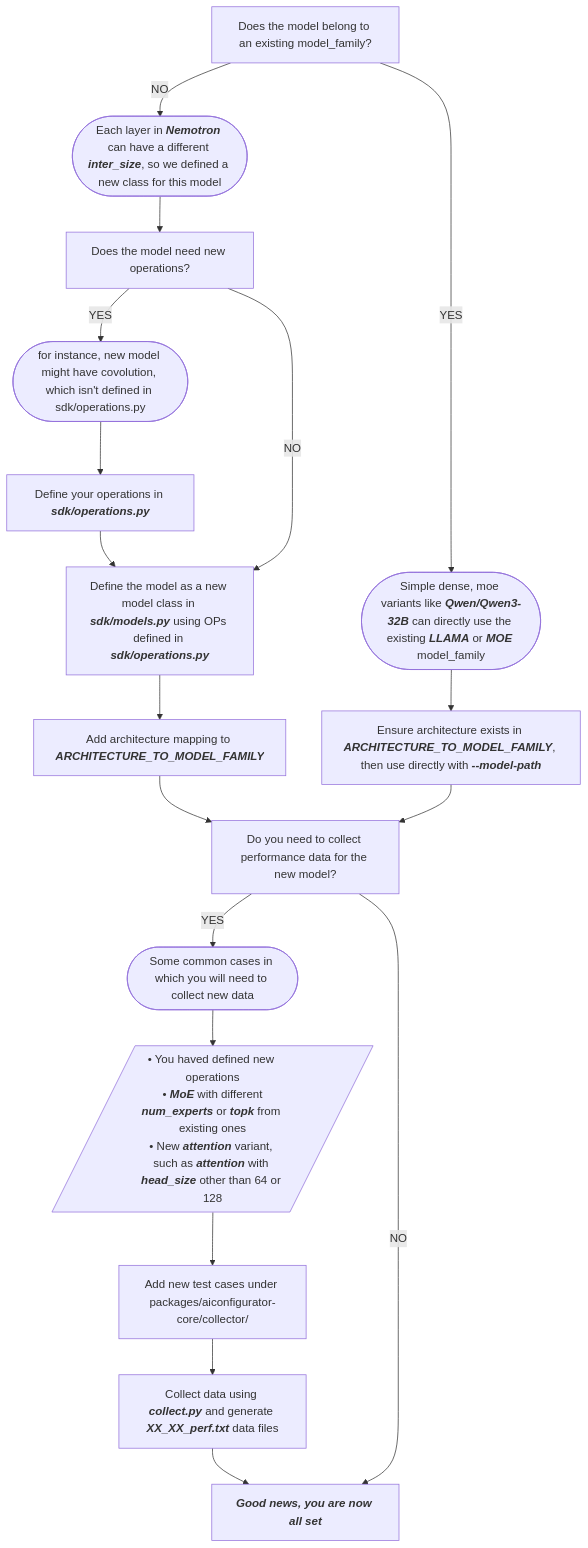
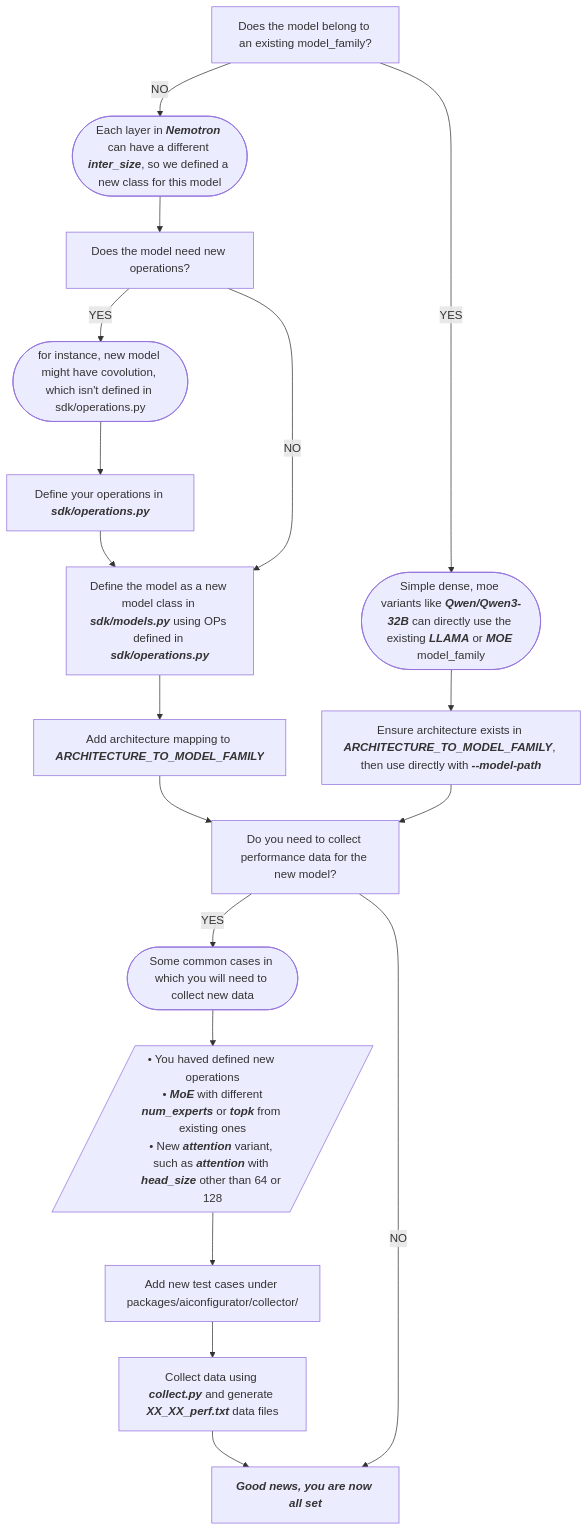
Before and after one commit to ai-dynamo/aiconfigurator: the diagram in docs/add_a_new_model.md, drawn with Mermaid. The commit also changed other lines of this file and 178 other files, not shown here.

````diff
--- a/docs/add_a_new_model.md
+++ b/docs/add_a_new_model.md
@@ -138,21 +138,21 @@
 ```mermaid
 flowchart TD
     A[Does the model belong to an existing model_family?]
     A --> |YES| B([Simple dense, moe variants like <i><b>Qwen/Qwen3-32B</b></i> can directly use the existing <i><b>LLAMA</b></i> or <i><b>MOE</b></i> model_family])
     B --> C[Ensure architecture exists in <i><b>ARCHITECTURE_TO_MODEL_FAMILY</b></i>, then use directly with <i><b>--model-path</b></i>]
     A --> |NO| D([Each layer in <i><b>Nemotron</b></i> can have a different <i><b>inter_size</b></i>, so we defined a new class for this model])
     D --> E[Does the model need new operations?]
     E --> |YES| F([for instance, new model might have covolution, which isn't defined in sdk/operations.py])
     F --> G[Define your operations in <b><i>sdk/operations.py</b></i>]
     G --> H[Define the model as a new model class in <i><b>sdk/models.py</b></i> using OPs defined in <i><b>sdk/operations.py</b></i>]
     E --> |NO|H
     H --> i[Add architecture mapping to <i><b>ARCHITECTURE_TO_MODEL_FAMILY</b></i>]
     i --> j[Do you need to collect performance data for the new model?]
     C --> j
     j --> |YES|K([Some common cases in which you will need to collect new data])
     K --> L[/• You haved defined new operations<br/> • <i><b>MoE</b></i> with different <i><b>num_experts</b></i> or <i><b>topk</b></i> from existing ones<br/>• New <i><b>attention</b></i> variant, such as <b><i>attention</b></i> with <b><i>head_size</b></i> other than 64 or 128/]
-    L --> M[Add new test cases under packages/aiconfigurator-core/collector/]
+    L --> M[Add new test cases under packages/aiconfigurator/collector/]
     M --> N[Collect data using <i><b>collect.py</b></i> and generate <i><b>XX_XX_perf.txt</b></i> data files]
     N --> Z
     j --> |NO|Z[<i><b>Good news, you are now all set</b></i>]
 ```
````
